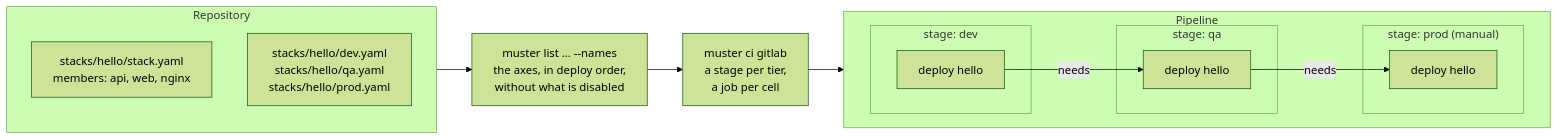
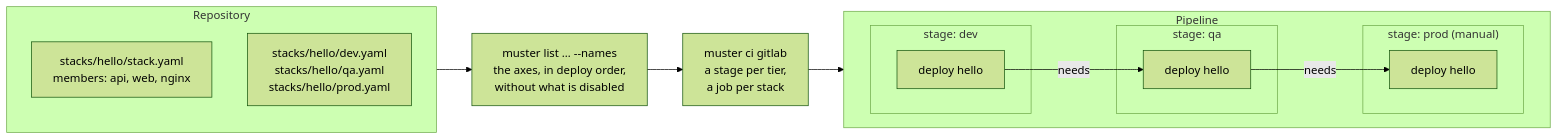
The first of 2 diagrams in MATRIX.md (britzc/muster), drawn with Mermaid (forest theme) before and after one commit. The commit also changed 6 other files, not shown here.

````diff
--- a/MATRIX.md
+++ b/MATRIX.md
@@ -32,27 +32,27 @@
 ```mermaid
 flowchart LR
     subgraph repo["Repository"]
         direction TB
         st["stacks/hello/stack.yaml<br/>members: api, web, nginx"]
         envs["stacks/hello/dev.yaml<br/>stacks/hello/qa.yaml<br/>stacks/hello/prod.yaml"]
     end
 
     list["muster list … --names<br/>the axes, in deploy order,<br/>without what is disabled"]
-    gen["muster ci gitlab<br/>a stage per tier,<br/>a job per cell"]
+    gen["muster ci gitlab<br/>a stage per tier,<br/>a job per stack"]
 
     subgraph pipeline["Pipeline"]
         direction LR
         subgraph dev["stage: dev"]
             d1["deploy hello"]
         end
         subgraph qa["stage: qa"]
             q1["deploy hello"]
         end
         subgraph prod["stage: prod (manual)"]
             p1["deploy hello"]
         end
         d1 -- needs --> q1 -- needs --> p1
     end
 
     repo --> list --> gen --> pipeline
 ```
````
